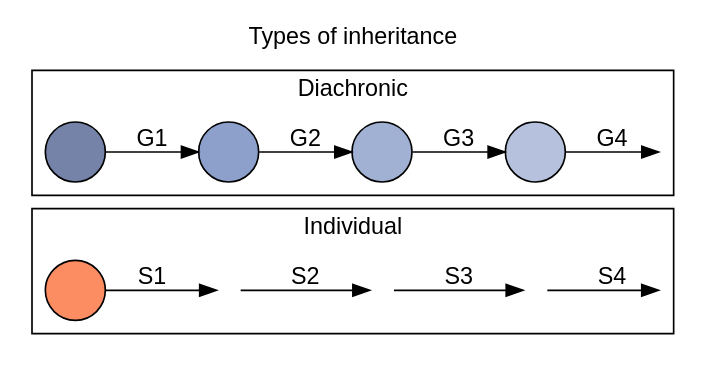
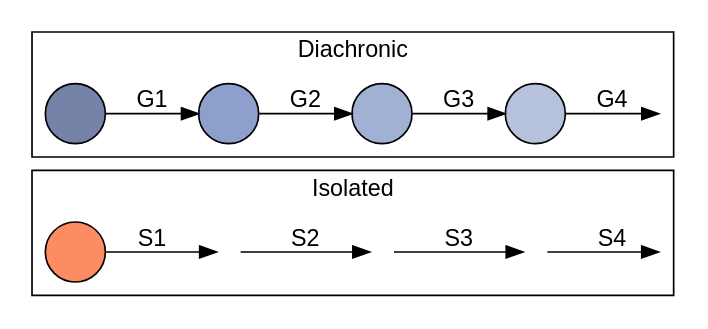
The diagram in inst/extdata/team-structures-selfother.gv (pedmiston/totems-data), drawn with Graphviz before and after one commit. The commit also changed 3 other files, not shown here.

```diff
--- a/inst/extdata/team-structures-selfother.gv
+++ b/inst/extdata/team-structures-selfother.gv
@@ -1,43 +1,43 @@
 digraph {
   rankdir=LR;
-  label="Types of inheritance";
+  // label="Types of inheritance";
   labelloc=t;
   fontname=helvetica;
   // bgcolor=transparent;
 
   node[fontname=helvetica; label=""; style=filled; shape=circle];
   edge[fontname=helvetica];
 
   // Set cluster order (top to bottom) by initializing
   // nodes in each cluster starting from bottom to top
   solo_s1, d1;
 
   // Colors are people
   d1[fillcolor="#7483A7"];
   d2[fillcolor="#8DA0CB"];
   d3[fillcolor="#A1B1D4"];
   d4[fillcolor="#B6C2DD"];
   solo_s1[fillcolor="#FC8D62"];
 
   // Invisible last nodes
   dinv1, soloinv2[style=invis, width=0];
 
   subgraph cluster1 {
     label="Diachronic";
     d1 -> d2[label="G1"];
     d2 -> d3[label="G2"];
     d3 -> d4[label="G3"];
     d4 -> dinv1[label="G4"];
   }
 
   subgraph cluster2 {
-    label="Individual";
+    label="Isolated";
     solo_s1 -> solo_s2[label="S1"];
     solo_s2 -> solo_s3[label="S2"];
     solo_s3 -> solo_s4[label="S3"];
     solo_s4 -> soloinv2[label="S4"];
 
     solo_s2, solo_s3, solo_s4[style=invis, width=0.2];
   }
 
 }
```
